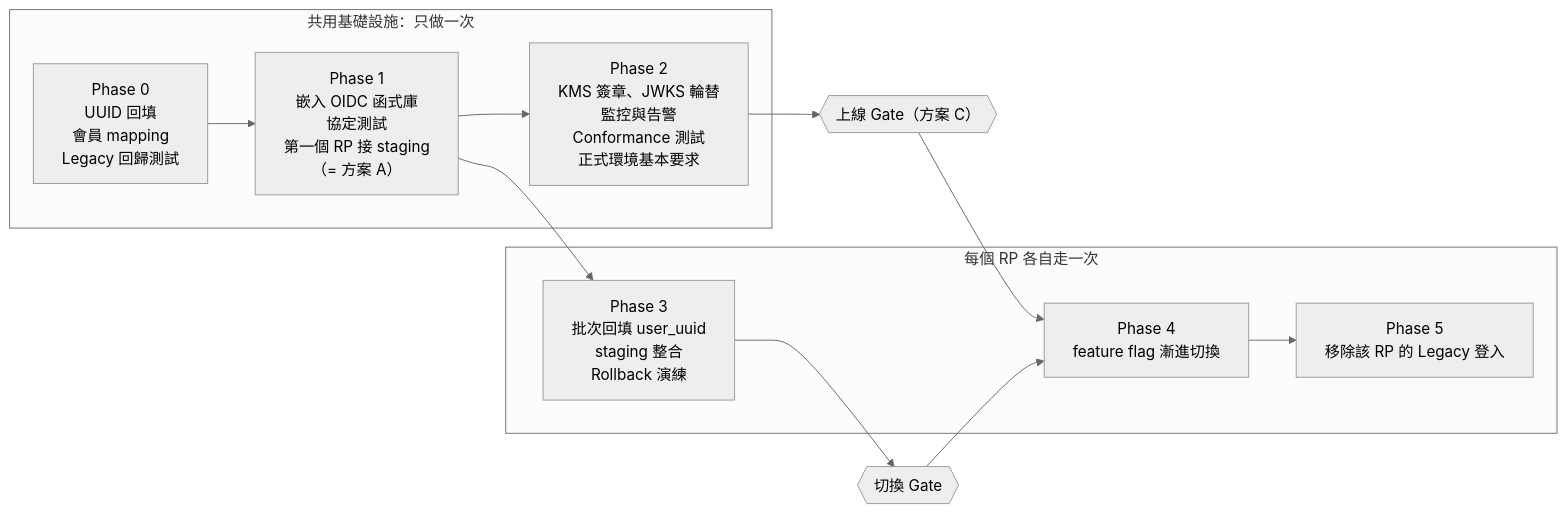
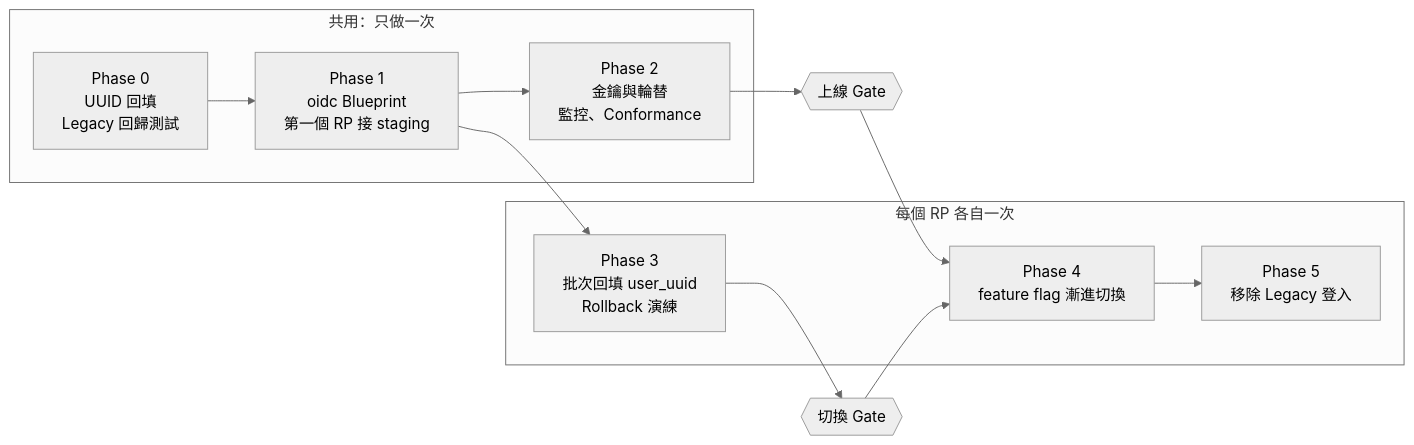
Before and after one commit to yennanliu/cdk-playground: the second of 3 diagrams in auth-server-doc/doc/decision.md, drawn with Mermaid (neutral theme). The commit also changed other lines of this file, not shown here.

First line of the commit message:
auth-server-doc: simplify decision to Authlib blueprint in the Flask app

````diff
--- a/auth-server-doc/doc/decision.md
+++ b/auth-server-doc/doc/decision.md
@@ -42,19 +85,19 @@
 ```mermaid
 flowchart LR
-    subgraph shared["共用基礎設施：只做一次"]
-        P0["Phase 0<br/>UUID 回填<br/>會員 mapping<br/>Legacy 回歸測試"]
-        P1["Phase 1<br/>嵌入 OIDC 函式庫<br/>協定測試<br/>第一個 RP 接 staging<br/>（= 方案 A）"]
-        P2["Phase 2<br/>KMS 簽章、JWKS 輪替<br/>監控與告警<br/>Conformance 測試<br/>正式環境基本要求"]
+    subgraph shared["共用：只做一次"]
+        P0["Phase 0<br/>UUID 回填<br/>Legacy 回歸測試"]
+        P1["Phase 1<br/>oidc Blueprint<br/>第一個 RP 接 staging"]
+        P2["Phase 2<br/>金鑰與輪替<br/>監控、Conformance"]
     end
-    subgraph perRP["每個 RP 各自走一次"]
-        P3["Phase 3<br/>批次回填 user_uuid<br/>staging 整合<br/>Rollback 演練"]
+    subgraph perRP["每個 RP 各自一次"]
+        P3["Phase 3<br/>批次回填 user_uuid<br/>Rollback 演練"]
         P4["Phase 4<br/>feature flag 漸進切換"]
-        P5["Phase 5<br/>移除該 RP 的 Legacy 登入"]
+        P5["Phase 5<br/>移除 Legacy 登入"]
     end
-    G1{{"上線 Gate（方案 C）"}}
+    G1{{"上線 Gate"}}
     G2{{"切換 Gate"}}
     P0 --> P1 --> P2 --> G1
     P1 --> P3 --> G2
     G1 --> P4
     G2 --> P4 --> P5
 ```
````
